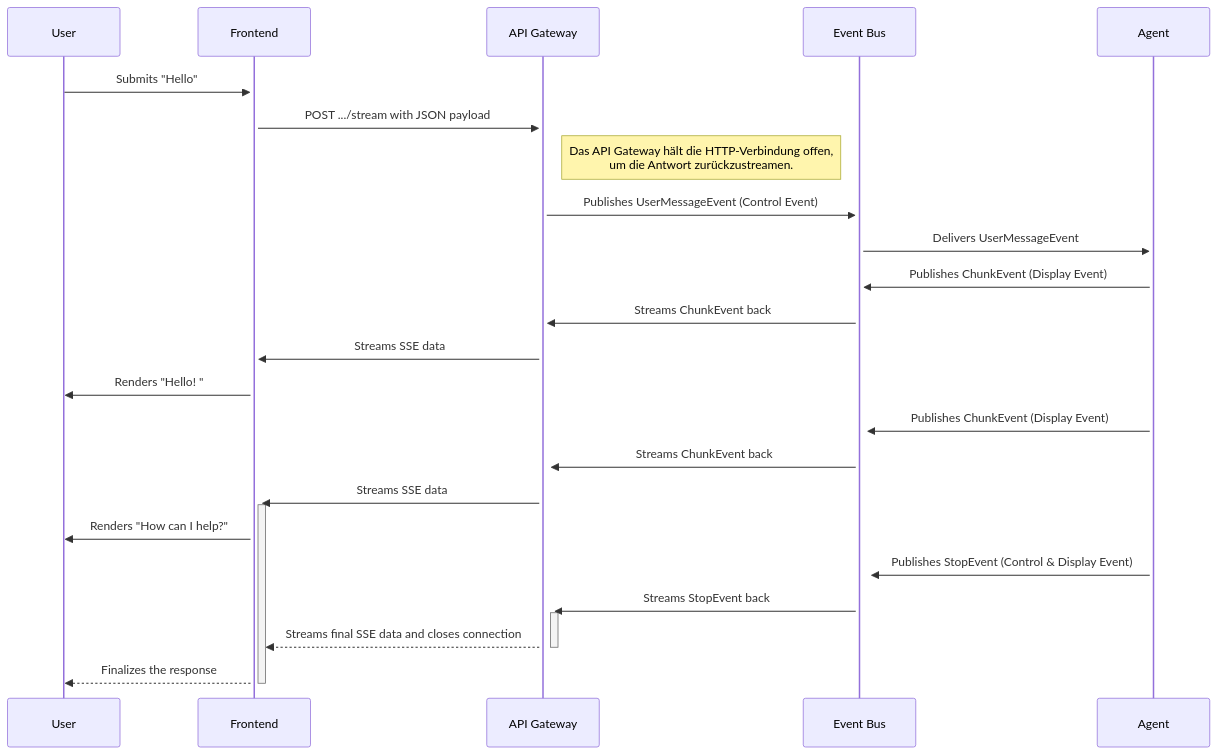
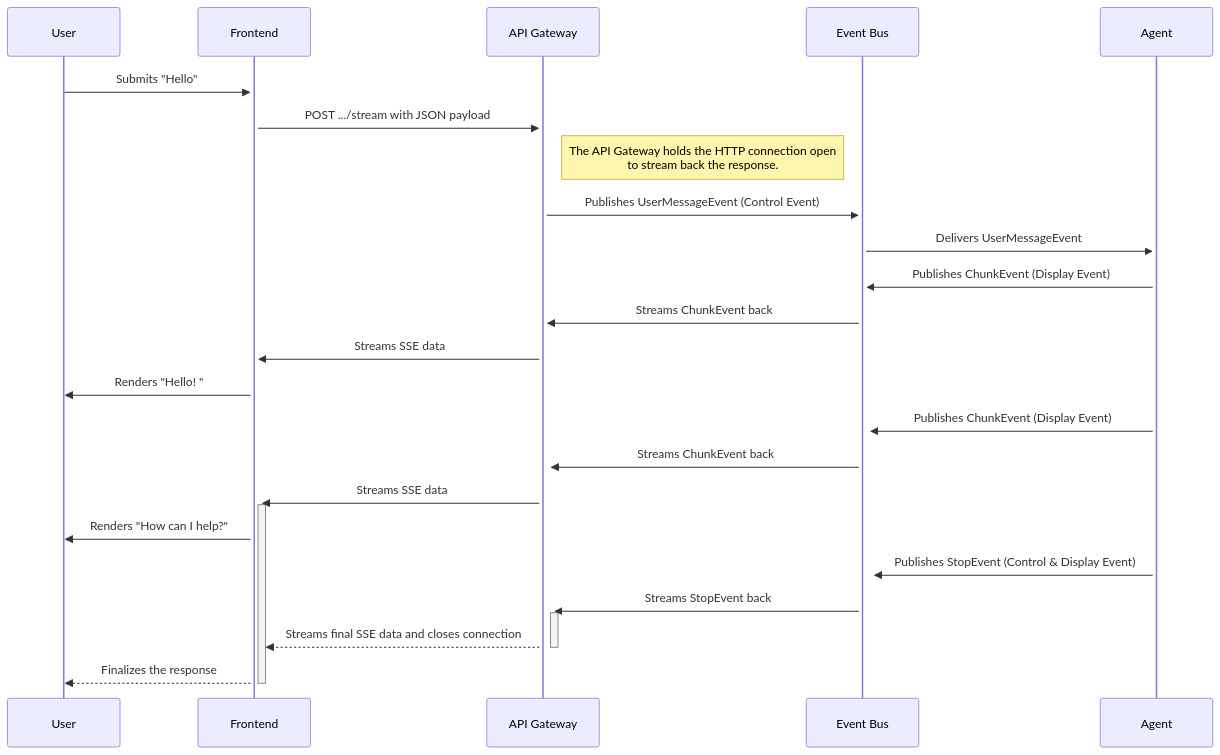
Before and after one commit to bbvch-ai/aihub-core: the third of 6 diagrams in docs/docs/2_platform/2_architecture/3_swiss_ai_agent_protocol/index.de.md, drawn with Mermaid. The commit also changed other lines of this file and 136 other files, not shown here.

````diff
--- a/docs/docs/2_platform/2_architecture/3_swiss_ai_agent_protocol/index.de.md
+++ b/docs/docs/2_platform/2_architecture/3_swiss_ai_agent_protocol/index.de.md
@@ -400,30 +315,30 @@
 ```mermaid
 sequenceDiagram
     participant User
     participant Frontend
     participant API Gateway
     participant Event Bus
     participant Agent
 
     User->>+Frontend: Submits "Hello"
     Frontend->>+API Gateway: POST .../stream with JSON payload
-    Note right of API Gateway: Das API Gateway hält die HTTP-Verbindung offen, <br/> um die Antwort zurückzustreamen.
+    Note right of API Gateway: The API Gateway holds the HTTP connection open <br/> to stream back the response.
     
     API Gateway->>+Event Bus: Publishes UserMessageEvent (Control Event)
     Event Bus->>+Agent: Delivers UserMessageEvent
 
     Agent->>+Event Bus: Publishes ChunkEvent (Display Event)
     Event Bus->>+API Gateway: Streams ChunkEvent back
     API Gateway->>+Frontend: Streams SSE data
     Frontend->>User: Renders "Hello! "
 
     Agent->>+Event Bus: Publishes ChunkEvent (Display Event)
     Event Bus->>+API Gateway: Streams ChunkEvent back
     API Gateway->>+Frontend: Streams SSE data
     Frontend->>User: Renders "How can I help?"
 
     Agent->>+Event Bus: Publishes StopEvent (Control & Display Event)
     Event Bus->>+API Gateway: Streams StopEvent back
     API Gateway-->>-Frontend: Streams final SSE data and closes connection
     Frontend-->>-User: Finalizes the response
 ```
````
